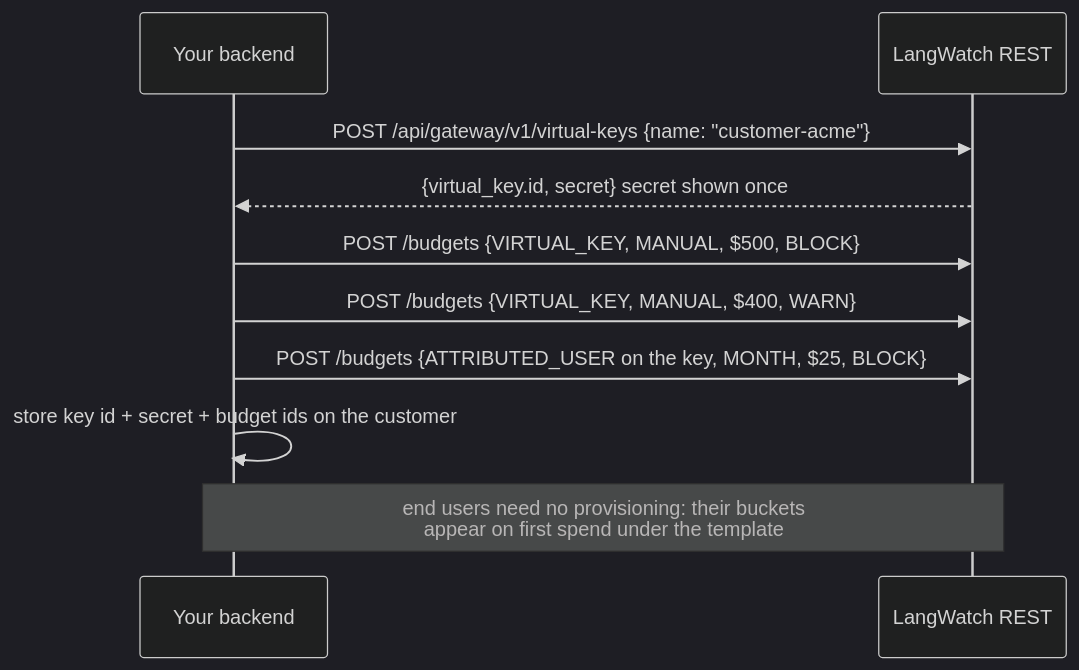
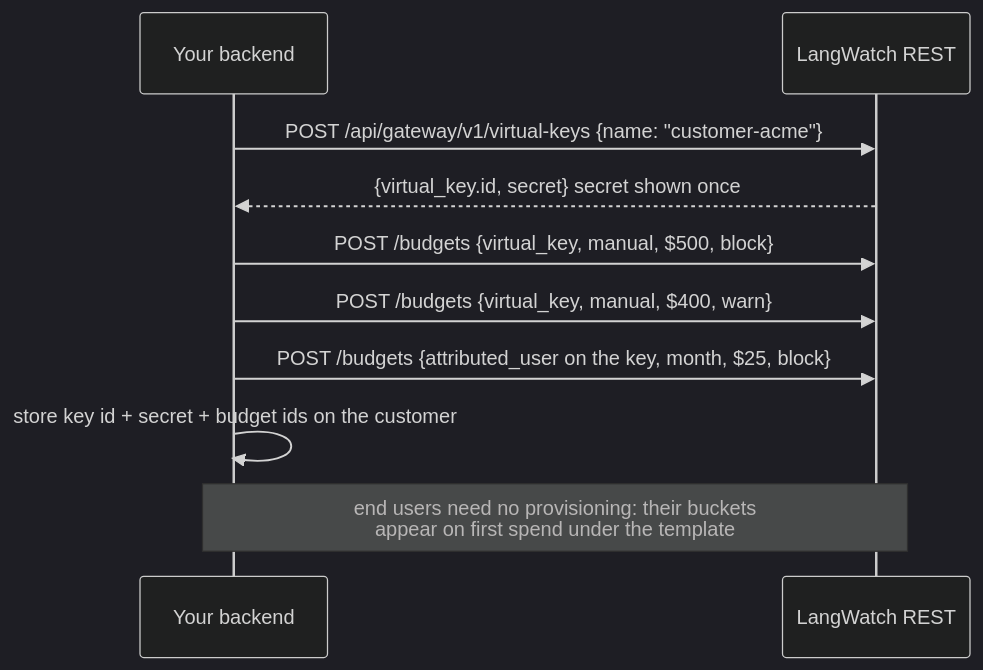
One commit to langwatch/langwatch changed the first of 2 diagrams in docs/ai-gateway/cookbooks/metering-and-rebilling.mdx. Above: the diagram before and after it, drawn with Mermaid (dark theme). The commit also changed other lines of this file and 28 other files, not shown here.

````diff
--- a/docs/ai-gateway/cookbooks/metering-and-rebilling.mdx
+++ b/docs/ai-gateway/cookbooks/metering-and-rebilling.mdx
@@ -26,12 +26,12 @@
 ```mermaid
 sequenceDiagram
     participant B as Your backend
     participant LW as LangWatch REST
     B->>LW: POST /api/gateway/v1/virtual-keys {name: "customer-acme"}
     LW-->>B: {virtual_key.id, secret}  secret shown once
-    B->>LW: POST /budgets {VIRTUAL_KEY, MANUAL, $500, BLOCK}
-    B->>LW: POST /budgets {VIRTUAL_KEY, MANUAL, $400, WARN}
-    B->>LW: POST /budgets {ATTRIBUTED_USER on the key, MONTH, $25, BLOCK}
+    B->>LW: POST /budgets {virtual_key, manual, $500, block}
+    B->>LW: POST /budgets {virtual_key, manual, $400, warn}
+    B->>LW: POST /budgets {attributed_user on the key, month, $25, block}
     B->>B: store key id + secret + budget ids on the customer
     Note over B,LW: end users need no provisioning: their buckets<br/>appear on first spend under the template
 ```
````
